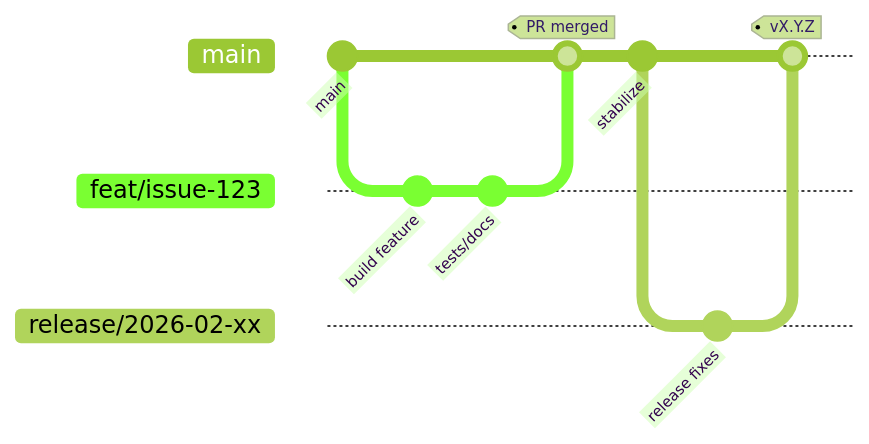
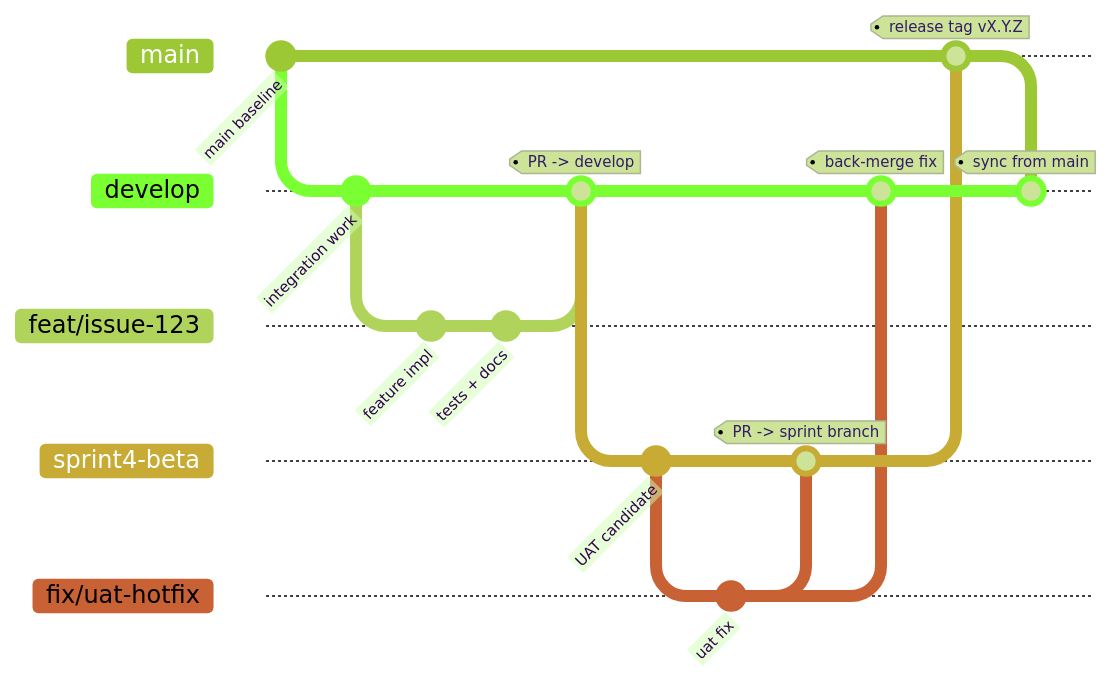
One commit to Gater-Robot/gater-robot changed the diagram in README.md. Above: the diagram before and after it, drawn with Mermaid (forest theme). The commit also changed other lines of this file and 2 other files, not shown here.

Commit message:
docs: align branching graph with develop and sprint release flow

````diff
--- a/README.md
+++ b/README.md
@@ -14,16 +14,29 @@
 ```mermaid
 gitGraph
-   commit id: "main"
+   commit id: "main baseline"
+   branch develop
+   checkout develop
+   commit id: "integration work"
    branch feat/issue-123
    checkout feat/issue-123
-   commit id: "build feature"
-   commit id: "tests/docs"
+   commit id: "feature impl"
+   commit id: "tests + docs"
+   checkout develop
+   merge feat/issue-123 tag: "PR -> develop"
+
+   branch sprint4-beta
+   checkout sprint4-beta
+   commit id: "UAT candidate"
+   branch fix/uat-hotfix
+   checkout fix/uat-hotfix
+   commit id: "uat fix"
+   checkout sprint4-beta
+   merge fix/uat-hotfix tag: "PR -> sprint branch"
+   checkout develop
+   merge fix/uat-hotfix tag: "back-merge fix"
+
    checkout main
-   merge feat/issue-123 tag: "PR merged"
-   commit id: "stabilize"
-   branch release/2026-02-xx
-   checkout release/2026-02-xx
-   commit id: "release fixes"
-   checkout main
-   merge release/2026-02-xx tag: "vX.Y.Z"
+   merge sprint4-beta tag: "release tag vX.Y.Z"
+   checkout develop
+   merge main tag: "sync from main"
 ```
````
